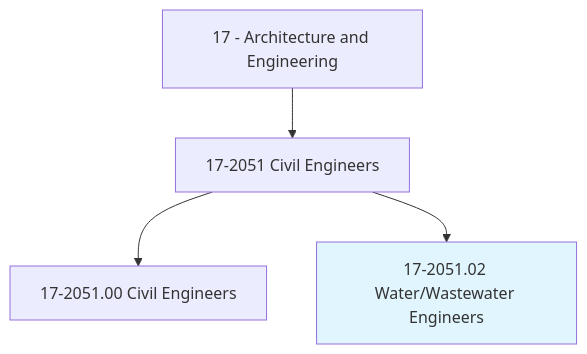
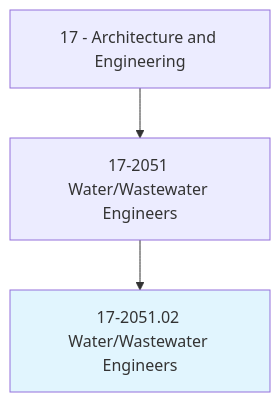
One commit to kziemski/business.org.ai changed the first of 4 diagrams in occupations/Architecture/WaterWastewaterEngineers.mdx. Above: the diagram before and after it, drawn with Mermaid. The commit also changed other lines of this file and 938 other files, not shown here.

````diff
--- a/occupations/Architecture/WaterWastewaterEngineers.mdx
+++ b/occupations/Architecture/WaterWastewaterEngineers.mdx
@@ -19,7 +23,6 @@
 ```mermaid
 graph TD
-    Cat17["17 - Architecture and Engineering"] --> Group172051["17-2051 Civil Engineers"]
-    Group172051 --> Base["17-2051.00 Civil Engineers"]
+    Cat17["17 - Architecture and Engineering"] --> Group172051["17-2051 Water/Wastewater Engineers"]
     Group172051 --> Current["17-2051.02 Water/Wastewater Engineers"]
     style Current fill:#e1f5fe
 ```
````
